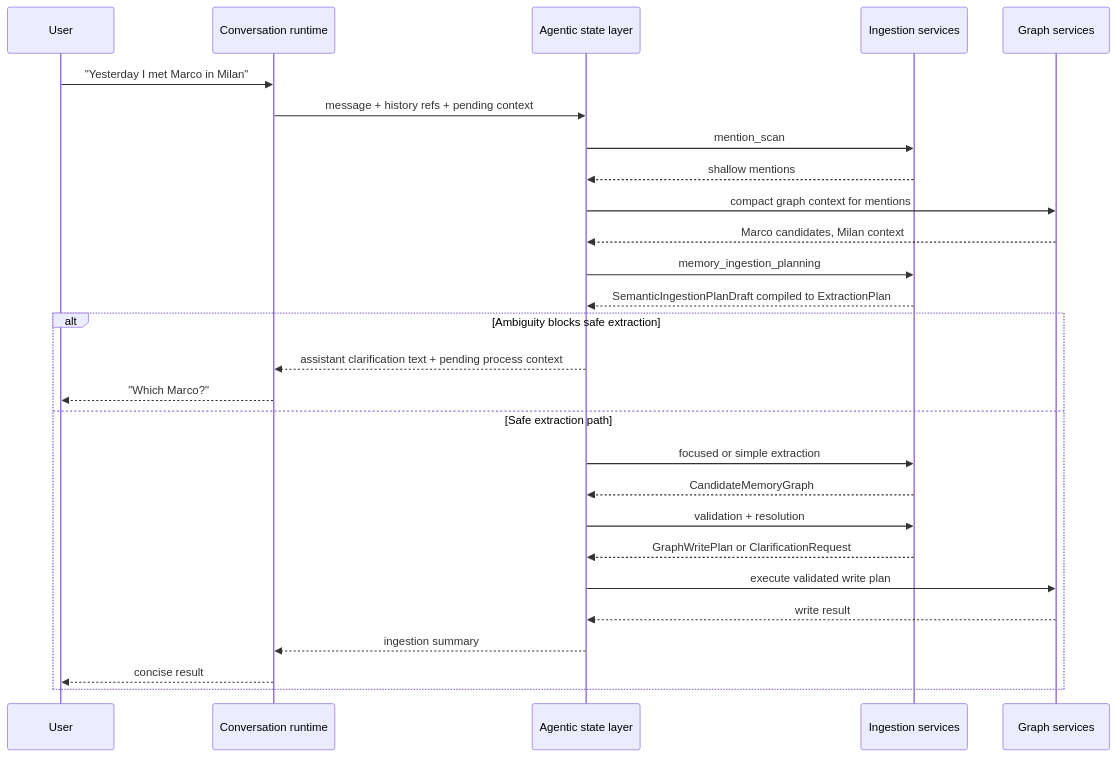
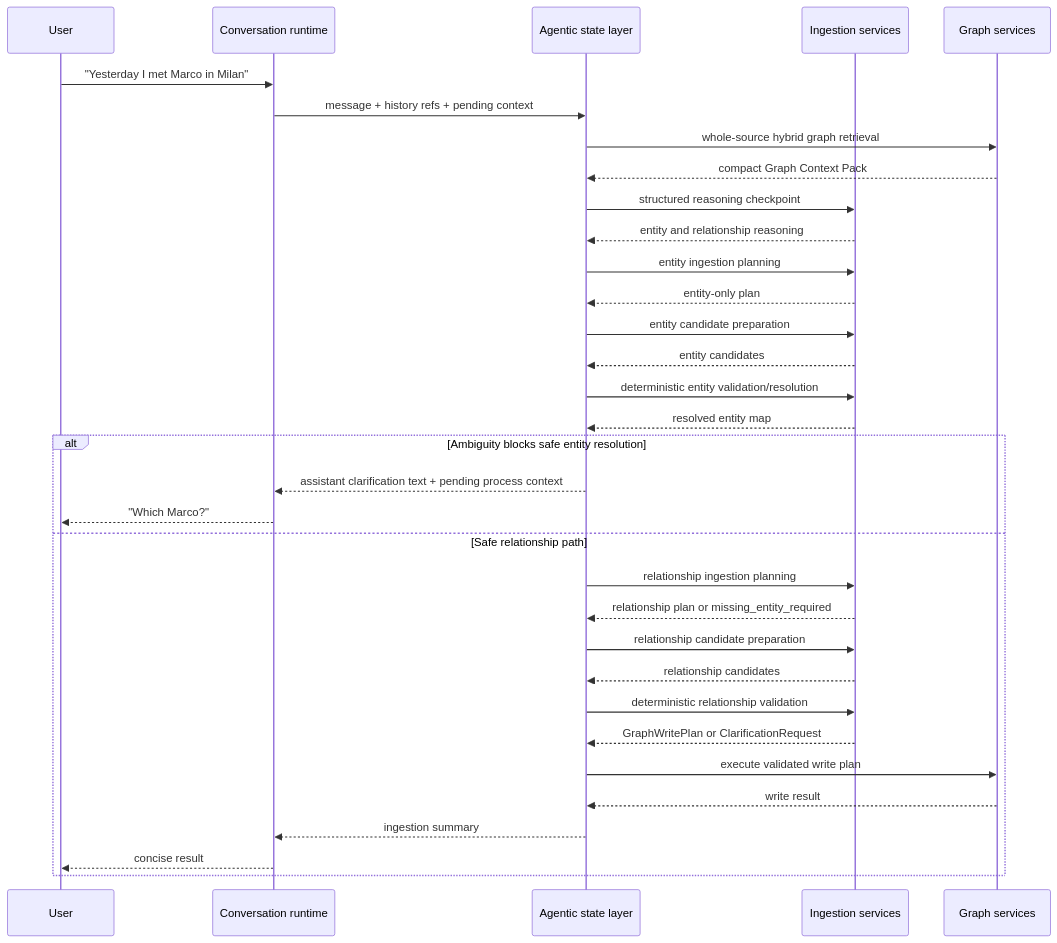
Before and after one commit to applebar17/my-digital-brain: the third of 3 diagrams in docs/architecture/agentic-orchestration.md, drawn with Mermaid. The commit also changed other lines of this file and 10 other files, not shown here.

Commit message:
docs updates - enhanced flow

````diff
--- a/docs/architecture/agentic-orchestration.md
+++ b/docs/architecture/agentic-orchestration.md
@@ -306,30 +308,36 @@
 ```mermaid
 sequenceDiagram
     participant U as User
     participant R as Conversation runtime
     participant O as Agentic state layer
     participant I as Ingestion services
     participant G as Graph services
 
     U->>R: "Yesterday I met Marco in Milan"
     R->>O: message + history refs + pending context
-    O->>I: mention_scan
-    I-->>O: shallow mentions
-    O->>G: compact graph context for mentions
-    G-->>O: Marco candidates, Milan context
-    O->>I: memory_ingestion_planning
-    I-->>O: SemanticIngestionPlanDraft compiled to ExtractionPlan
-    alt Ambiguity blocks safe extraction
+    O->>G: whole-source hybrid graph retrieval
+    G-->>O: compact Graph Context Pack
+    O->>I: structured reasoning checkpoint
+    I-->>O: entity and relationship reasoning
+    O->>I: entity ingestion planning
+    I-->>O: entity-only plan
+    O->>I: entity candidate preparation
+    I-->>O: entity candidates
+    O->>I: deterministic entity validation/resolution
+    I-->>O: resolved entity map
+    alt Ambiguity blocks safe entity resolution
         O-->>R: assistant clarification text + pending process context
         R-->>U: "Which Marco?"
-    else Safe extraction path
-        O->>I: focused or simple extraction
-        I-->>O: CandidateMemoryGraph
-        O->>I: validation + resolution
+    else Safe relationship path
+        O->>I: relationship ingestion planning
+        I-->>O: relationship plan or missing_entity_required
+        O->>I: relationship candidate preparation
+        I-->>O: relationship candidates
+        O->>I: deterministic relationship validation
         I-->>O: GraphWritePlan or ClarificationRequest
         O->>G: execute validated write plan
         G-->>O: write result
         O-->>R: ingestion summary
         R-->>U: concise result
     end
 ```
````
